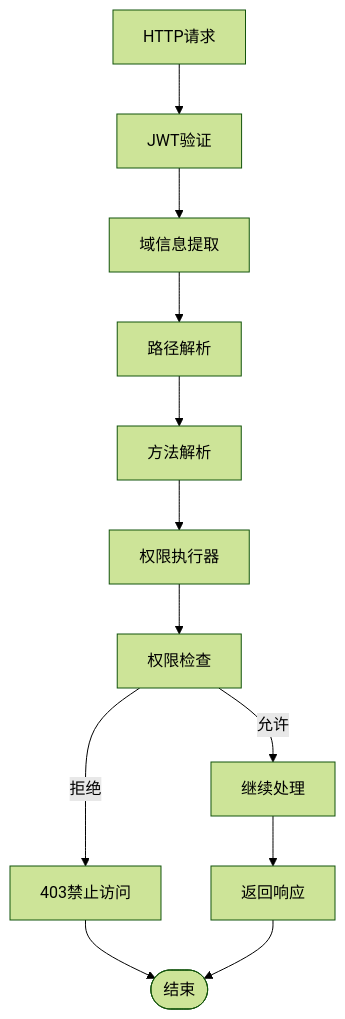
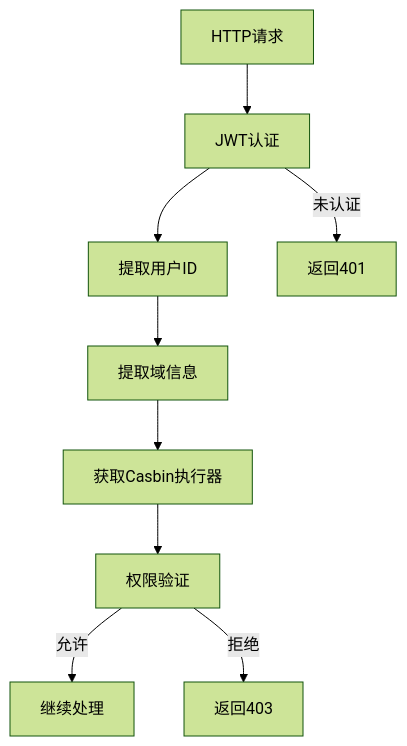
The seventh of 9 diagrams in .qoder/repowiki/zh/content/API接口文档/用户权限查询接口.md (wuwuseo/e-sports-go-admin), drawn with Mermaid (forest theme) before and after one commit. The commit also changed other lines of this file and 141 other files, not shown here.

````diff
--- a/.qoder/repowiki/zh/content/API接口文档/用户权限查询接口.md
+++ b/.qoder/repowiki/zh/content/API接口文档/用户权限查询接口.md
@@ -448,14 +294,11 @@
 ```mermaid
 flowchart TD
-Request[HTTP请求] --> JWT[JWT验证]
-JWT --> Domain[域信息提取]
-Domain --> Path[路径解析]
-Path --> Method[方法解析]
-Method --> Enforcer[权限执行器]
-Enforcer --> Check[权限检查]
-Check --> |允许| Next[继续处理]
-Check --> |拒绝| Forbidden[403禁止访问]
-Next --> Response[返回响应]
-Forbidden --> End([结束])
-Response --> End
+Request[HTTP请求] --> JWTAuth[JWT认证]
+JWTAuth --> ExtractUser[提取用户ID]
+ExtractUser --> ExtractDomain[提取域信息]
+ExtractDomain --> GetEnforcer[获取Casbin执行器]
+GetEnforcer --> CheckPermission[权限验证]
+CheckPermission --> |允许| Next[继续处理]
+CheckPermission --> |拒绝| Forbidden[返回403]
+JWTAuth --> |未认证| Unauthorized[返回401]
 ```
````
